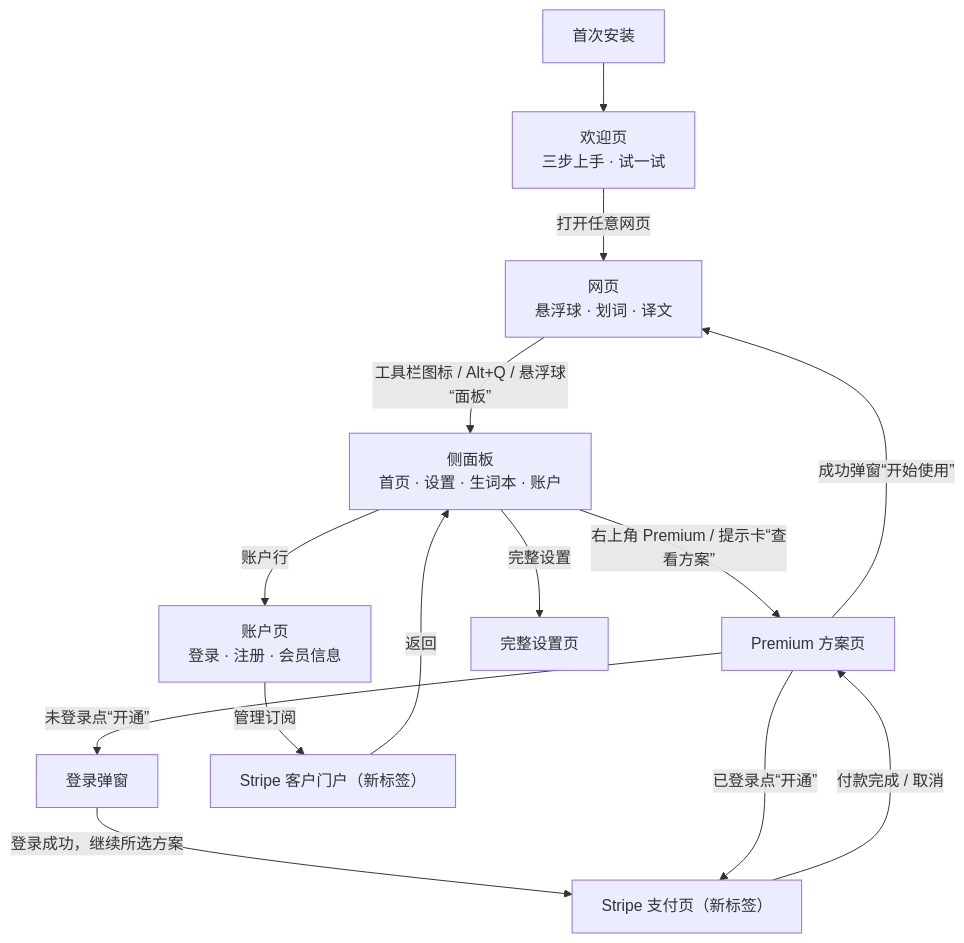
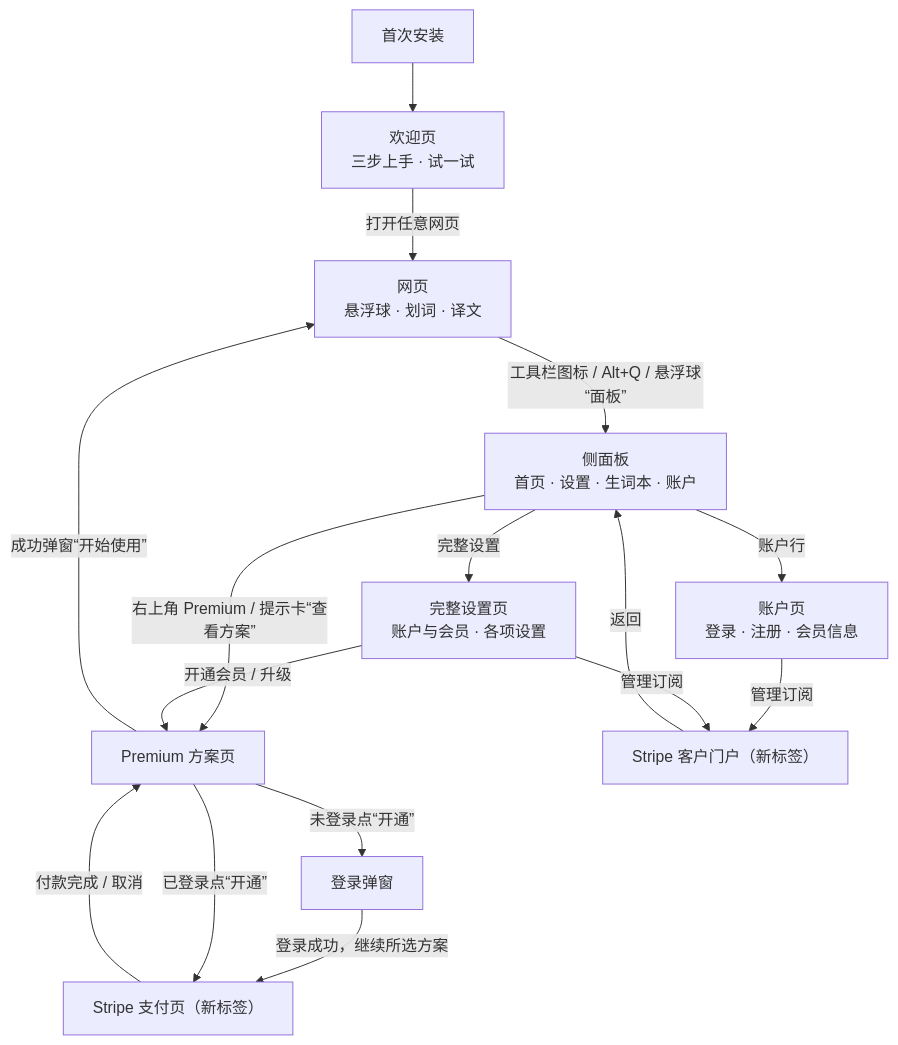
Before and after one commit to pandatalk8/glimmer: the first of 2 diagrams in docs/ux-design.md, drawn with Mermaid. The commit also changed other lines of this file and 9 other files, not shown here.

````diff
--- a/docs/ux-design.md
+++ b/docs/ux-design.md
@@ -35,16 +35,18 @@
 ```mermaid
 flowchart TB
   INSTALL["首次安装"] --> WELCOME["欢迎页<br/>三步上手 · 试一试"]
   WELCOME -- "打开任意网页" --> WEB["网页<br/>悬浮球 · 划词 · 译文"]
   WEB -- "工具栏图标 / Alt+Q / 悬浮球“面板”" --> PANEL["侧面板<br/>首页 · 设置 · 生词本 · 账户"]
   PANEL -- "右上角 Premium / 提示卡“查看方案”" --> PLANS["Premium 方案页"]
   PANEL -- "账户行" --> ACCOUNT["账户页<br/>登录 · 注册 · 会员信息"]
   PLANS -- "未登录点“开通”" --> LOGIN["登录弹窗"]
   LOGIN -- "登录成功，继续所选方案" --> PAY["Stripe 支付页（新标签）"]
   PLANS -- "已登录点“开通”" --> PAY
   PAY -- "付款完成 / 取消" --> PLANS
   PLANS -- "成功弹窗“开始使用”" --> WEB
   ACCOUNT -- "管理订阅" --> PORTAL["Stripe 客户门户（新标签）"]
   PORTAL -- "返回" --> PANEL
-  PANEL -- "完整设置" --> OPTIONS["完整设置页"]
+  PANEL -- "完整设置" --> OPTIONS["完整设置页<br/>账户与会员 · 各项设置"]
+  OPTIONS -- "开通会员 / 升级" --> PLANS
+  OPTIONS -- "管理订阅" --> PORTAL
 ```
````
